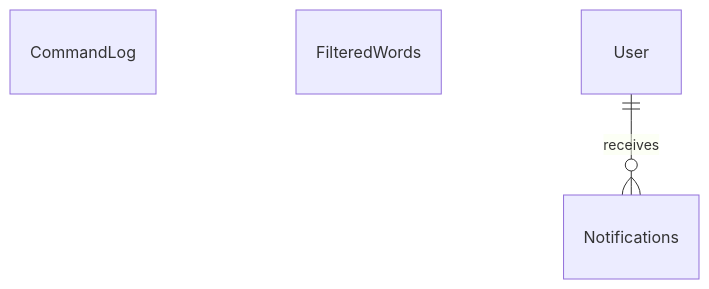
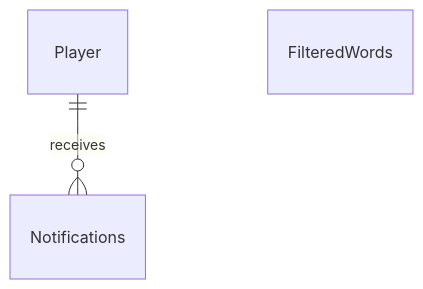
One commit to MarioKartCentral/MarioKartCentral changed the ninth of 16 diagrams in docs/database.md. Above: the diagram before and after it, drawn with Mermaid. The commit also changed other lines of this file and 37 other files, not shown here.

First line of the commit message:
Implement multi-database architecture (#183)

````diff
--- a/docs/database.md
+++ b/docs/database.md
@@ -288,6 +291,5 @@
 ```mermaid
 erDiagram
-    CommandLog
+    Player ||--o{ Notifications : "receives"
     FilteredWords
-    User ||--o{ Notifications : "receives"
 ```
````
